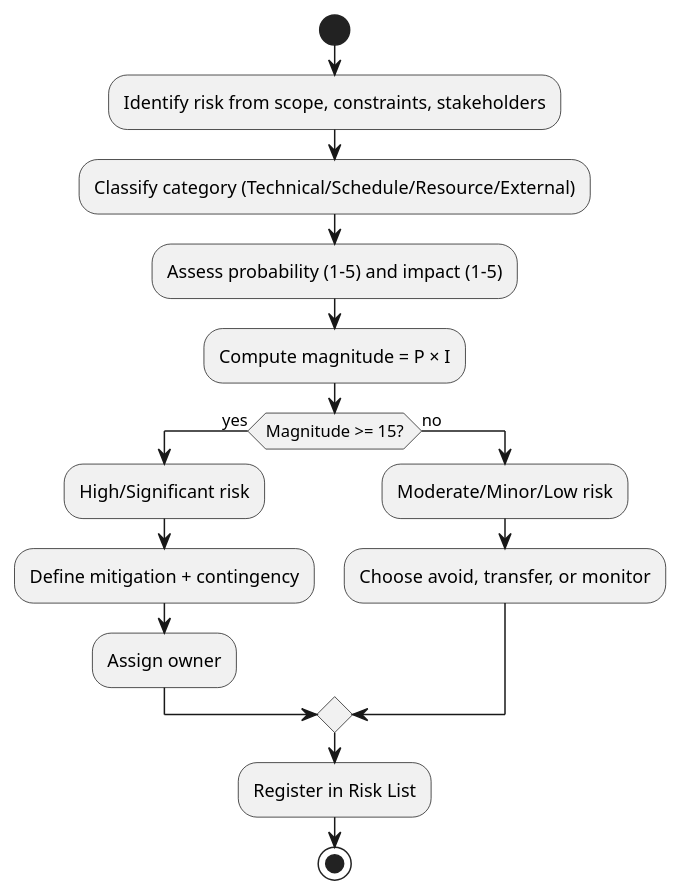
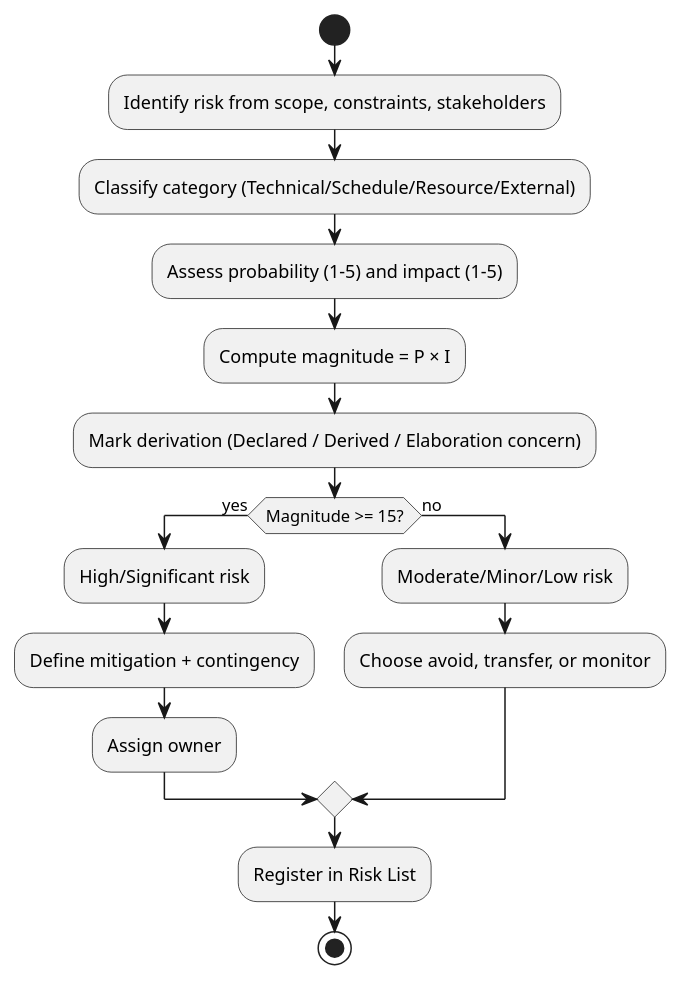
Before and after one commit to banense-test/portal: the second of 2 diagrams in docs/artifacts/project-management/risk-list.md, drawn with PlantUML. The commit also changed other lines of this file, not shown here.

````diff
--- a/docs/artifacts/project-management/risk-list.md
+++ b/docs/artifacts/project-management/risk-list.md
@@ -74,19 +92,20 @@
 ```plantuml
 @startuml Risk_Mitigation_Flow
 start
 :Identify risk from scope, constraints, stakeholders;
 :Classify category (Technical/Schedule/Resource/External);
 :Assess probability (1-5) and impact (1-5);
 :Compute magnitude = P × I;
+:Mark derivation (Declared / Derived / Elaboration concern);
 if (Magnitude >= 15?) then (yes)
   :High/Significant risk;
   :Define mitigation + contingency;
   :Assign owner;
 else (no)
   :Moderate/Minor/Low risk;
   :Choose avoid, transfer, or monitor;
 endif
 :Register in Risk List;
 stop
 @enduml
 ```
````
